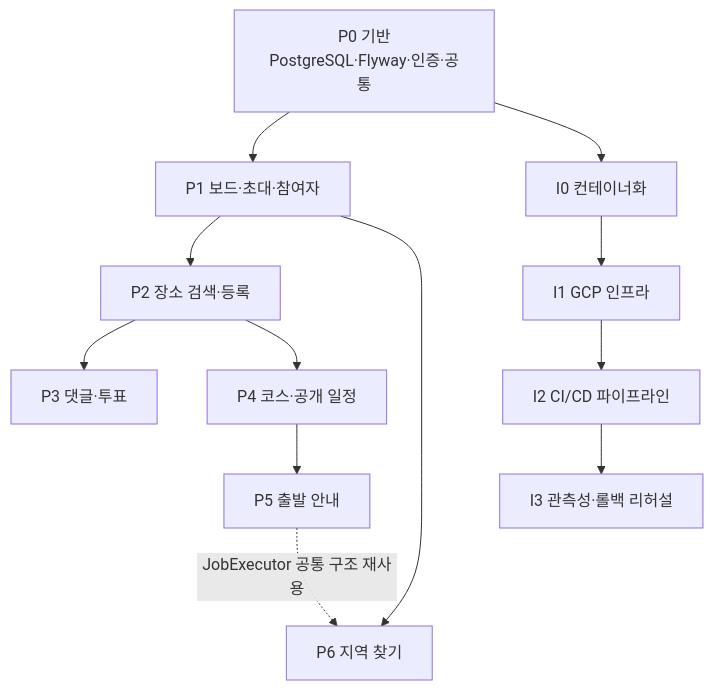
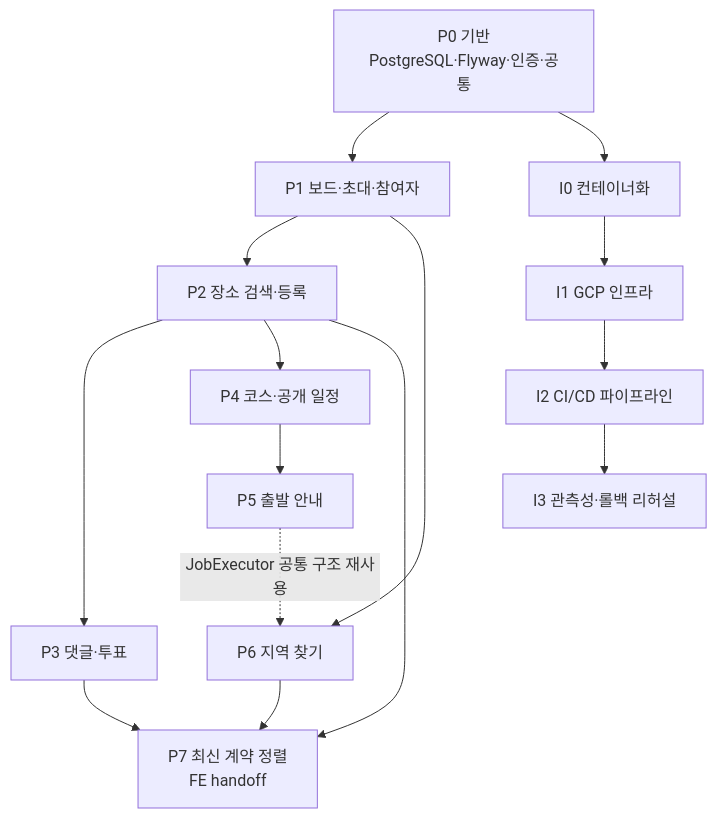
One commit to 2026-Siheung-SW-Bootcamp-Team-D/backend changed the diagram in docs/plan/00-INDEX.md. Above: the diagram before and after it, drawn with Mermaid. The commit also changed other lines of this file and 2 other files, not shown here.

````diff
--- a/docs/plan/00-INDEX.md
+++ b/docs/plan/00-INDEX.md
@@ -48,21 +50,25 @@
 ```mermaid
 flowchart TD
     P0["P0 기반<br/>PostgreSQL·Flyway·인증·공통"]
     P1["P1 보드·초대·참여자"]
     P2["P2 장소 검색·등록"]
     P3["P3 댓글·투표"]
     P4["P4 코스·공개 일정"]
     P5["P5 출발 안내"]
     P6["P6 지역 찾기"]
+    P7["P7 최신 계약 정렬<br/>FE handoff"]
     I0["I0 컨테이너화"]
     I1["I1 GCP 인프라"]
     I2["I2 CI/CD 파이프라인"]
     I3["I3 관측성·롤백 리허설"]
 
     P0 --> P1 --> P2 --> P3
     P2 --> P4
     P4 --> P5
     P1 --> P6
     P5 -.JobExecutor 공통 구조 재사용.-> P6
+    P2 --> P7
+    P3 --> P7
+    P6 --> P7
     P0 --> I0 --> I1 --> I2 --> I3
 ```
````
